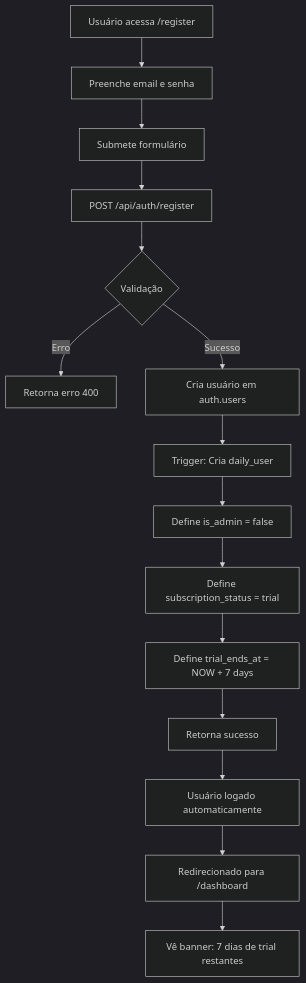
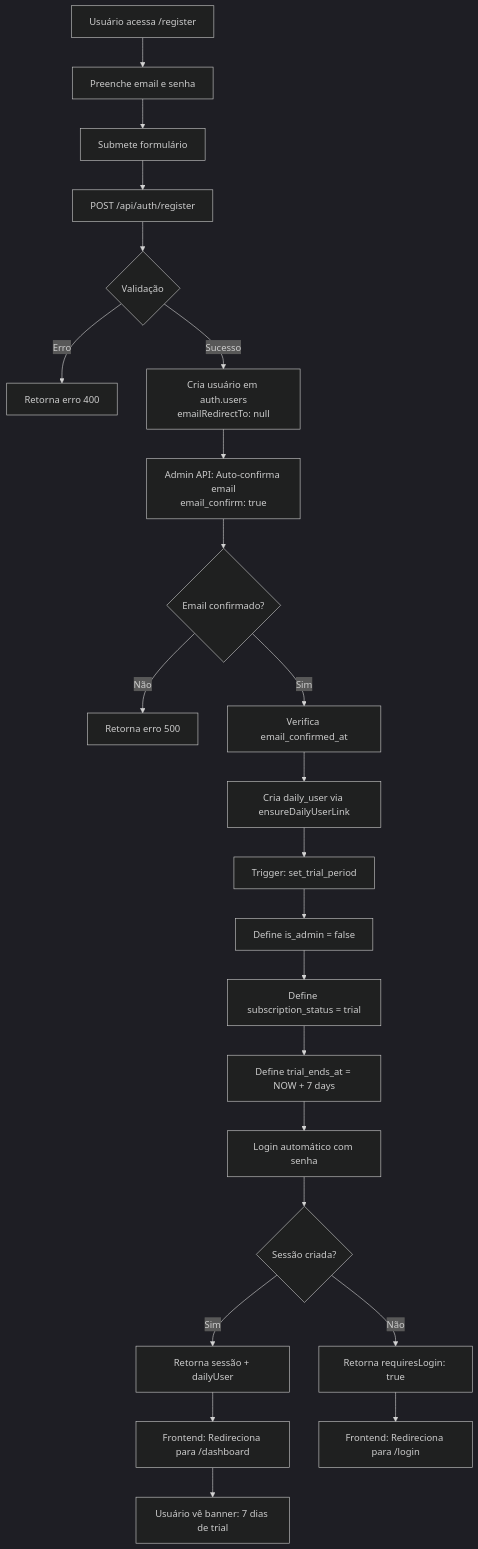
The first of 2 diagrams in docs/REGRAS_DE_NEGOCIO.md (andredfaria/daily), drawn with Mermaid (dark theme) before and after one commit. The commit also changed other lines of this file and 2 other files, not shown here.

First line of the commit message:
Implement auto-confirmation of email during user registration

````diff
--- a/docs/REGRAS_DE_NEGOCIO.md
+++ b/docs/REGRAS_DE_NEGOCIO.md
@@ -136,17 +136,25 @@
 ```mermaid
 flowchart TD
     A[Usuário acessa /register] --> B[Preenche email e senha]
     B --> C[Submete formulário]
     C --> D[POST /api/auth/register]
     D --> E{Validação}
     E -->|Erro| F[Retorna erro 400]
-    E -->|Sucesso| G[Cria usuário em auth.users]
-    G --> H[Trigger: Cria daily_user]
-    H --> I[Define is_admin = false]
-    I --> J[Define subscription_status = trial]
-    J --> K[Define trial_ends_at = NOW + 7 days]
-    K --> L[Retorna sucesso]
-    L --> M[Usuário logado automaticamente]
-    M --> N[Redirecionado para /dashboard]
-    N --> O[Vê banner: 7 dias de trial restantes]
+    E -->|Sucesso| G[Cria usuário em auth.users<br/>emailRedirectTo: null]
+    G --> H[Admin API: Auto-confirma email<br/>email_confirm: true]
+    H --> I{Email confirmado?}
+    I -->|Não| J[Retorna erro 500]
+    I -->|Sim| K[Verifica email_confirmed_at]
+    K --> L[Cria daily_user via ensureDailyUserLink]
+    L --> M[Trigger: set_trial_period]
+    M --> N[Define is_admin = false]
+    N --> O[Define subscription_status = trial]
+    O --> P[Define trial_ends_at = NOW + 7 days]
+    P --> Q[Login automático com senha]
+    Q --> R{Sessão criada?}
+    R -->|Sim| S[Retorna sessão + dailyUser]
+    R -->|Não| T[Retorna requiresLogin: true]
+    S --> U[Frontend: Redireciona para /dashboard]
+    T --> V[Frontend: Redireciona para /login]
+    U --> W[Usuário vê banner: 7 dias de trial]
 ```
````
